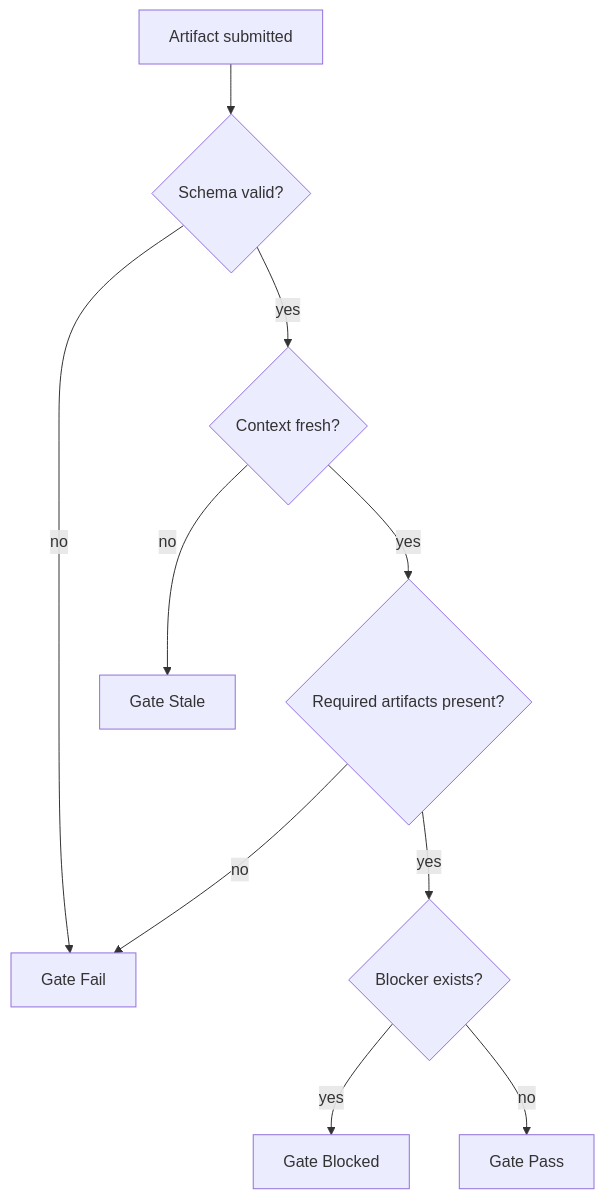
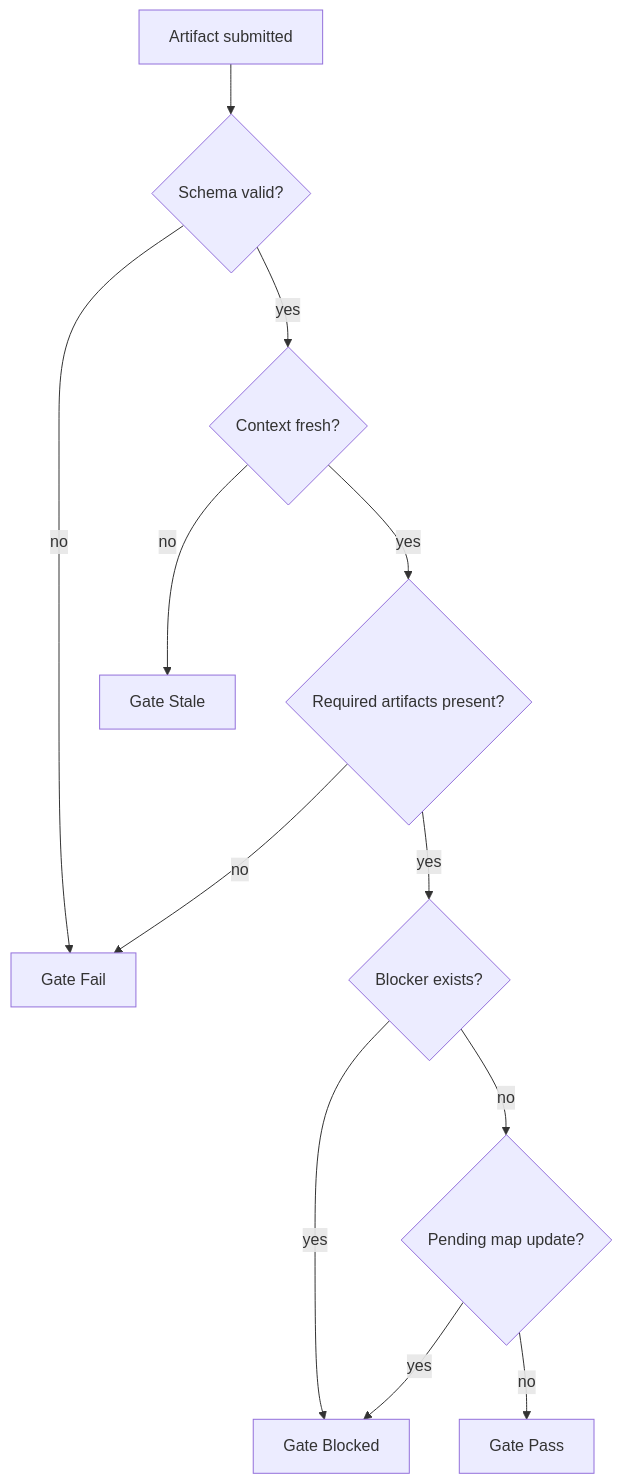
The second of 3 diagrams in docs/plans/2026-04-25-multi-agent-collaboration-architecture.md (ceasarXuu/WhaleCode), drawn with Mermaid before and after one commit. The commit also changed other lines of this file, not shown here.

Commit message:
docs: define map growth lifecycle

````diff
--- a/docs/plans/2026-04-25-multi-agent-collaboration-architecture.md
+++ b/docs/plans/2026-04-25-multi-agent-collaboration-architecture.md
@@ -622,12 +708,14 @@
 ```mermaid
 flowchart TD
     A["Artifact submitted"] --> B{"Schema valid?"}
     B -->|no| F["Gate Fail"]
     B -->|yes| C{"Context fresh?"}
     C -->|no| S["Gate Stale"]
     C -->|yes| D{"Required artifacts present?"}
     D -->|no| F
     D -->|yes| E{"Blocker exists?"}
     E -->|yes| BL["Gate Blocked"]
-    E -->|no| P["Gate Pass"]
+    E -->|no| U{"Pending map update?"}
+    U -->|yes| BL
+    U -->|no| P["Gate Pass"]
 ```
````
